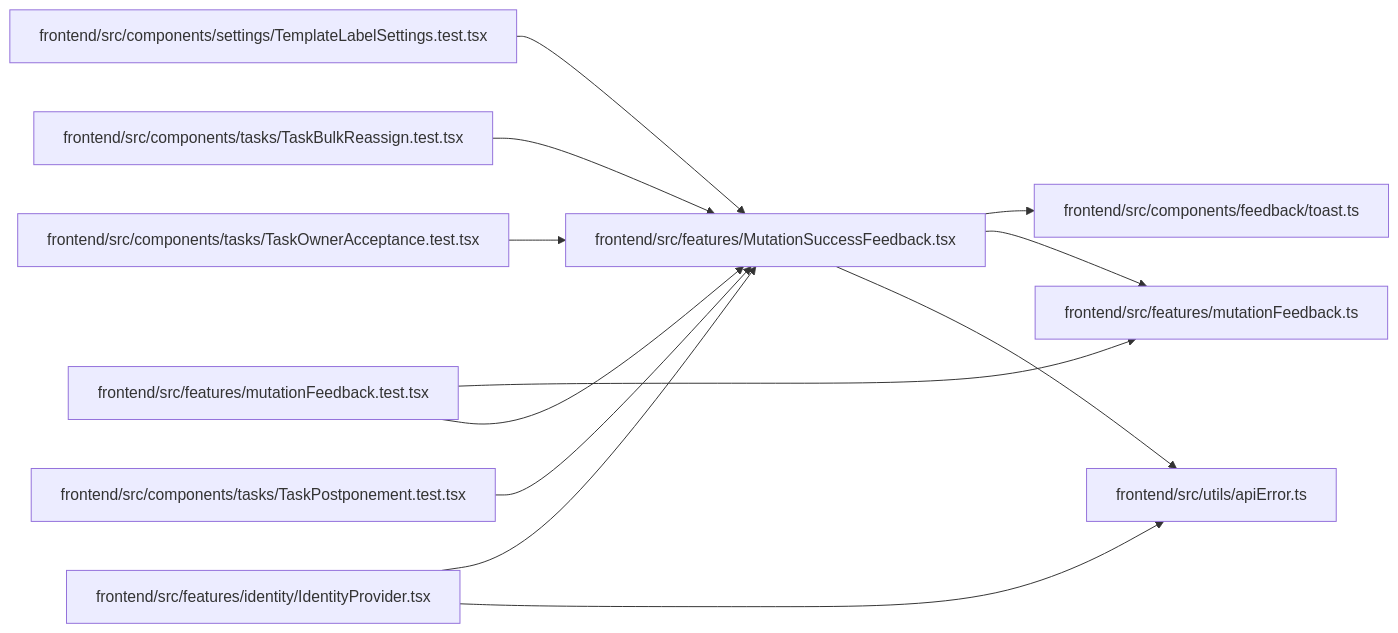
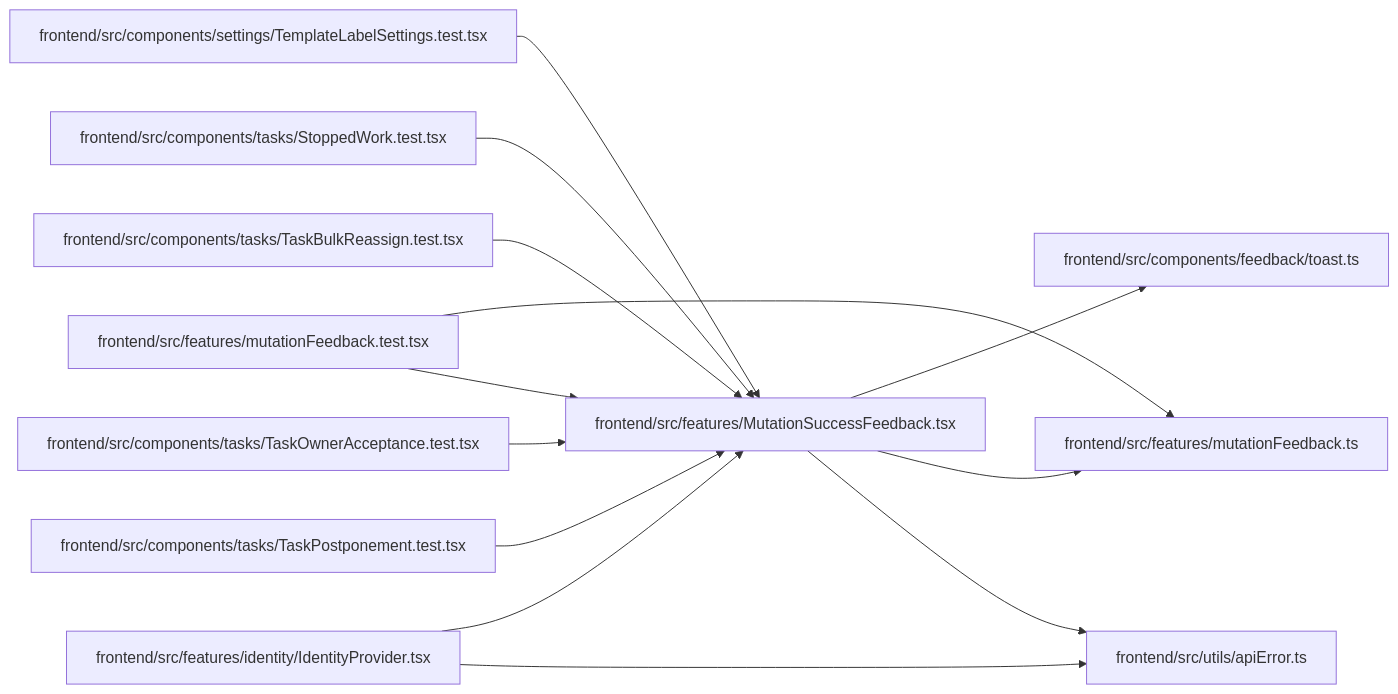
One commit to Denissvgn/WorkChord changed the diagram in docs/llm_wiki/modules/MutationSuccessFeedback.md. Above: the diagram before and after it, drawn with Mermaid. The commit also changed other lines of this file and 674 other files, not shown here.

Commit message:
Sync the architectural wiki for showing stopped work

````diff
--- a/docs/llm_wiki/modules/MutationSuccessFeedback.md
+++ b/docs/llm_wiki/modules/MutationSuccessFeedback.md
@@ -32,34 +32,37 @@
 ```mermaid
 flowchart LR
     n0["frontend/src/components/feedback/toast.ts"]
     n1["frontend/src/components/settings/TemplateLabelSettings.test.tsx"]
-    n2["frontend/src/components/tasks/TaskBulkReassign.test.tsx"]
-    n3["frontend/src/components/tasks/TaskOwnerAcceptance.test.tsx"]
-    n4["frontend/src/components/tasks/TaskPostponement.test.tsx"]
-    n5["frontend/src/features/identity/IdentityProvider.tsx"]
-    n6["frontend/src/features/mutationFeedback.test.tsx"]
-    n7["frontend/src/features/mutationFeedback.ts"]
-    n8["frontend/src/features/MutationSuccessFeedback.tsx"]
-    n9["frontend/src/utils/apiError.ts"]
-    n1 --> n8
-    n2 --> n8
-    n3 --> n8
-    n4 --> n8
-    n5 --> n8
+    n2["frontend/src/components/tasks/StoppedWork.test.tsx"]
+    n3["frontend/src/components/tasks/TaskBulkReassign.test.tsx"]
+    n4["frontend/src/components/tasks/TaskOwnerAcceptance.test.tsx"]
+    n5["frontend/src/components/tasks/TaskPostponement.test.tsx"]
+    n6["frontend/src/features/identity/IdentityProvider.tsx"]
+    n7["frontend/src/features/mutationFeedback.test.tsx"]
+    n8["frontend/src/features/mutationFeedback.ts"]
+    n9["frontend/src/features/MutationSuccessFeedback.tsx"]
+    n10["frontend/src/utils/apiError.ts"]
+    n1 --> n9
+    n2 --> n9
+    n3 --> n9
+    n4 --> n9
     n5 --> n9
-    n6 --> n7
-    n6 --> n8
-    n8 --> n0
-    n8 --> n7
-    n8 --> n9
+    n6 --> n9
+    n6 --> n10
+    n7 --> n8
+    n7 --> n9
+    n9 --> n0
+    n9 --> n8
+    n9 --> n10
     click n0 "../modules/toast.md"
     click n1 "../modules/TemplateLabelSettings.test.md"
-    click n2 "../modules/TaskBulkReassign.test.md"
-    click n3 "../modules/TaskOwnerAcceptance.test.md"
-    click n4 "../modules/TaskPostponement.test.md"
-    click n5 "../modules/IdentityProvider.md"
-    click n6 "../modules/mutationFeedback.test.md"
-    click n7 "../modules/mutationFeedback.md"
-    click n8 "../modules/MutationSuccessFeedback.md"
-    click n9 "../modules/apiError.md"
+    click n2 "../modules/StoppedWork.test.md"
+    click n3 "../modules/TaskBulkReassign.test.md"
+    click n4 "../modules/TaskOwnerAcceptance.test.md"
+    click n5 "../modules/TaskPostponement.test.md"
+    click n6 "../modules/IdentityProvider.md"
+    click n7 "../modules/mutationFeedback.test.md"
+    click n8 "../modules/mutationFeedback.md"
+    click n9 "../modules/MutationSuccessFeedback.md"
+    click n10 "../modules/apiError.md"
 ```
````
